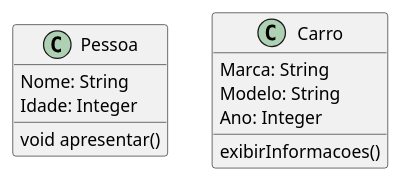
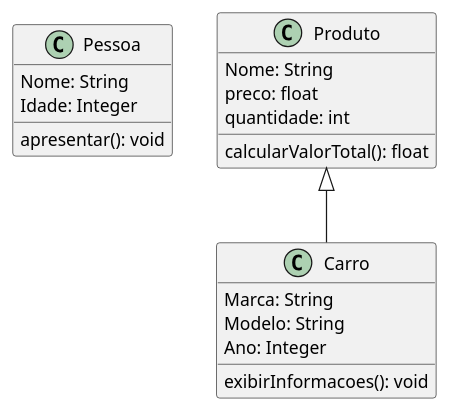
One commit to profRonaldoIFPI/POO_TADS_2025 changed the diagram in Lista4/src/Diagrama de classes.pu. Above: the diagram before and after it, drawn with PlantUML. The commit also changed 4 other files, not shown here.

```diff
--- a/Lista4/src/Diagrama de classes.pu
+++ b/Lista4/src/Diagrama de classes.pu
@@ -1,14 +1,22 @@
 @startuml
     class Pessoa {
         Nome: String
         Idade: Integer
-        void apresentar()
+        apresentar(): void
     }
-
     class Carro {
         Marca: String
         Modelo: String
         Ano: Integer
-        exibirInformacoes()
+        exibirInformacoes(): void
     }
+
+    class Produto { 
+        Nome: String
+        preco: float
+        quantidade: int
+        calcularValorTotal(): float
+    }
+
+    Produto <|-- Carro 
 @enduml
```
